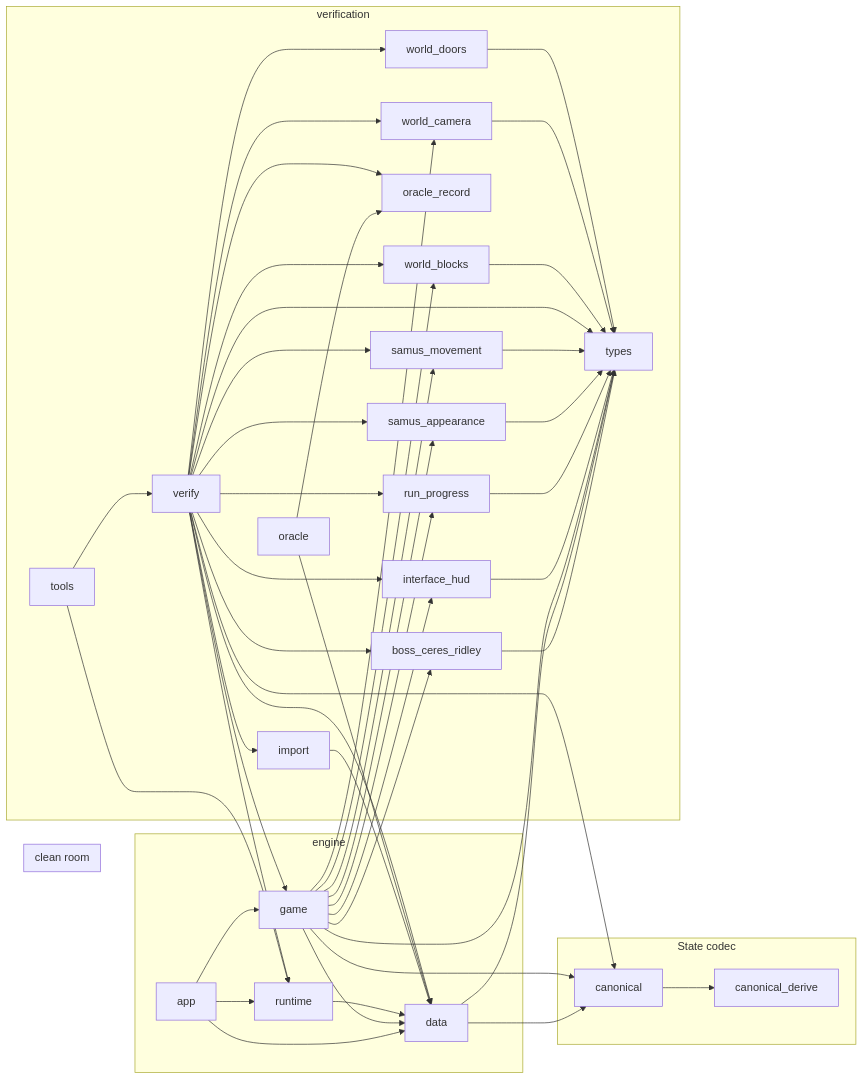
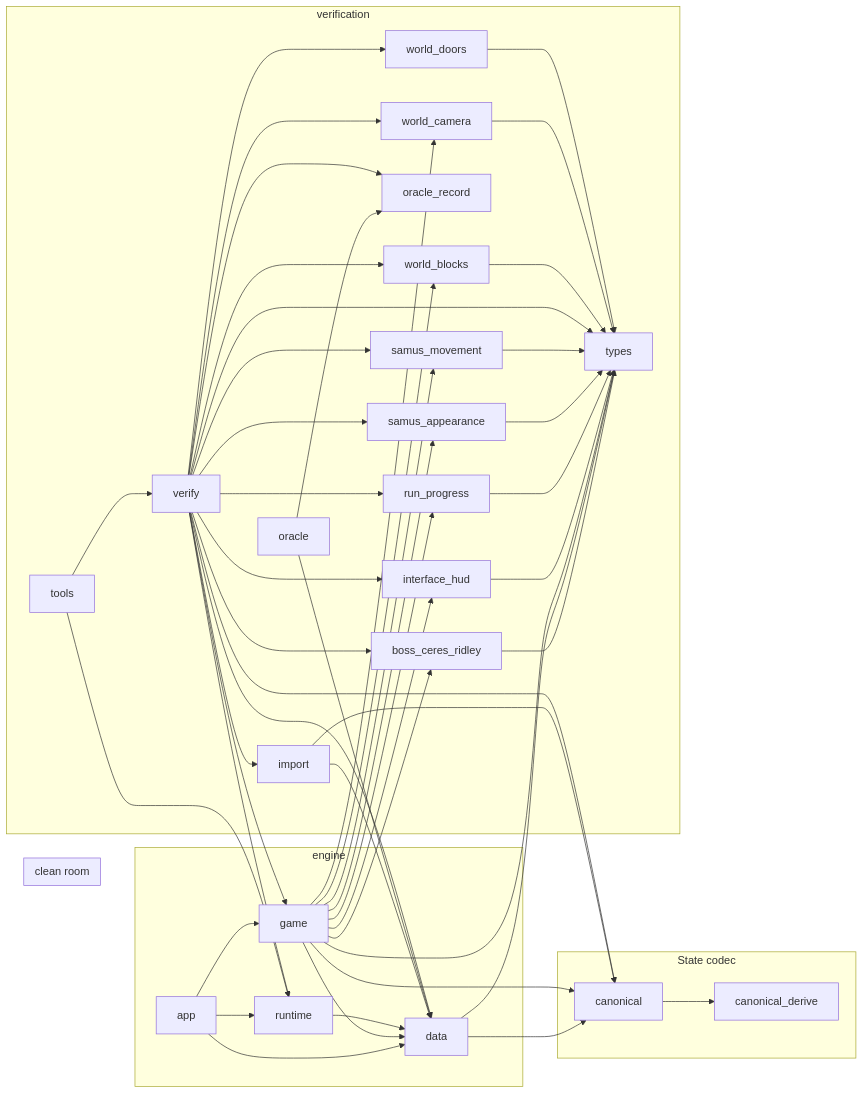
Before and after one commit to JimLundin/sm-decomp: the second of 10 diagrams in docs/REPORT.md, drawn with Mermaid. The commit also changed 16 other files, not shown here.

````diff
--- a/docs/REPORT.md
+++ b/docs/REPORT.md
@@ -1022,76 +1022,77 @@
 ```mermaid
 graph LR
   subgraph engine["engine"]
     c_app["app"]
     c_data["data"]
     c_game["game"]
     c_runtime["runtime"]
   end
   subgraph clean["clean room"]
   end
   subgraph codec["State codec"]
     c_canonical["canonical"]
     c_canonical_derive["canonical_derive"]
   end
   subgraph verification["verification"]
     c_boss_ceres_ridley["boss_ceres_ridley"]
     c_import["import"]
     c_interface_hud["interface_hud"]
     c_oracle["oracle"]
     c_oracle_record["oracle_record"]
     c_run_progress["run_progress"]
     c_samus_appearance["samus_appearance"]
     c_samus_movement["samus_movement"]
     c_tools["tools"]
     c_types["types"]
     c_verify["verify"]
     c_world_blocks["world_blocks"]
     c_world_camera["world_camera"]
     c_world_doors["world_doors"]
   end
   c_app --> c_data
   c_app --> c_game
   c_app --> c_runtime
   c_boss_ceres_ridley --> c_types
   c_canonical --> c_canonical_derive
   c_data --> c_canonical
   c_data --> c_types
   c_game --> c_boss_ceres_ridley
   c_game --> c_canonical
   c_game --> c_data
   c_game --> c_interface_hud
   c_game --> c_run_progress
   c_game --> c_samus_appearance
   c_game --> c_samus_movement
   c_game --> c_types
   c_game --> c_world_blocks
   c_game --> c_world_camera
+  c_import --> c_canonical
   c_import --> c_data
   c_interface_hud --> c_types
   c_oracle --> c_data
   c_oracle --> c_oracle_record
   c_run_progress --> c_types
   c_runtime --> c_data
   c_samus_appearance --> c_types
   c_samus_movement --> c_types
   c_tools --> c_runtime
   c_tools --> c_verify
   c_verify --> c_boss_ceres_ridley
   c_verify --> c_canonical
   c_verify --> c_data
   c_verify --> c_game
   c_verify --> c_import
   c_verify --> c_interface_hud
   c_verify --> c_oracle_record
   c_verify --> c_run_progress
   c_verify --> c_runtime
   c_verify --> c_samus_appearance
   c_verify --> c_samus_movement
   c_verify --> c_types
   c_verify --> c_world_blocks
   c_verify --> c_world_camera
   c_verify --> c_world_doors
   c_world_blocks --> c_types
   c_world_camera --> c_types
   c_world_doors --> c_types
 ```
````
